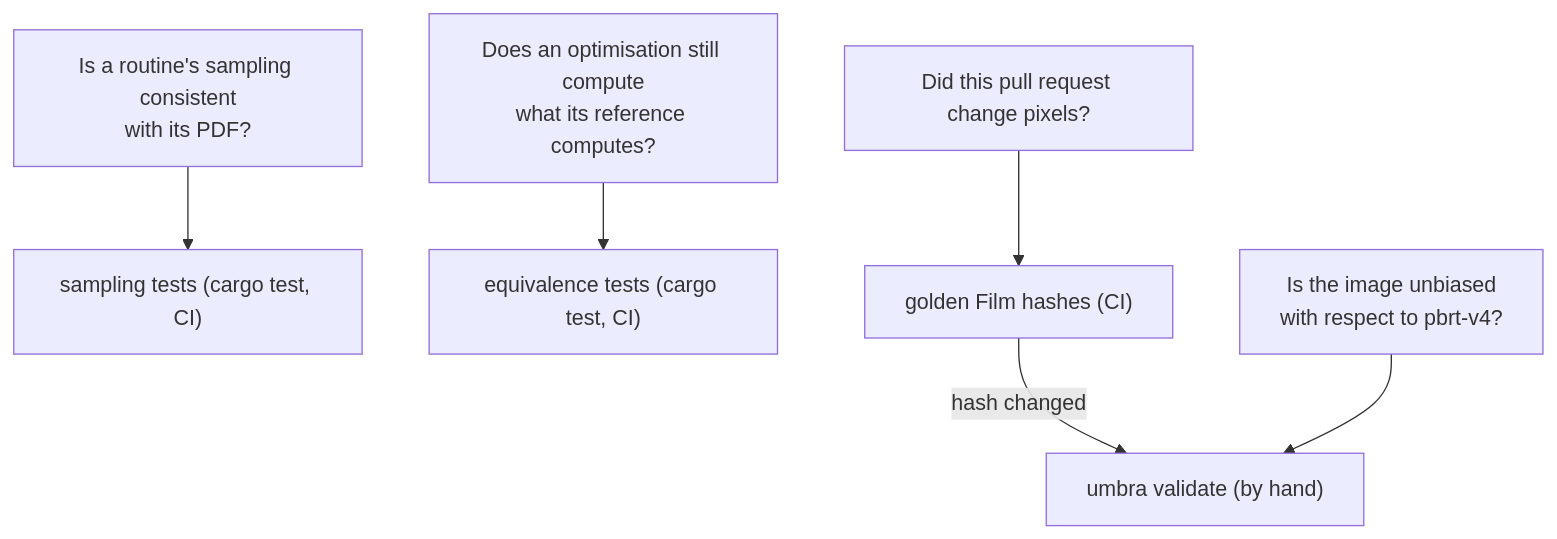
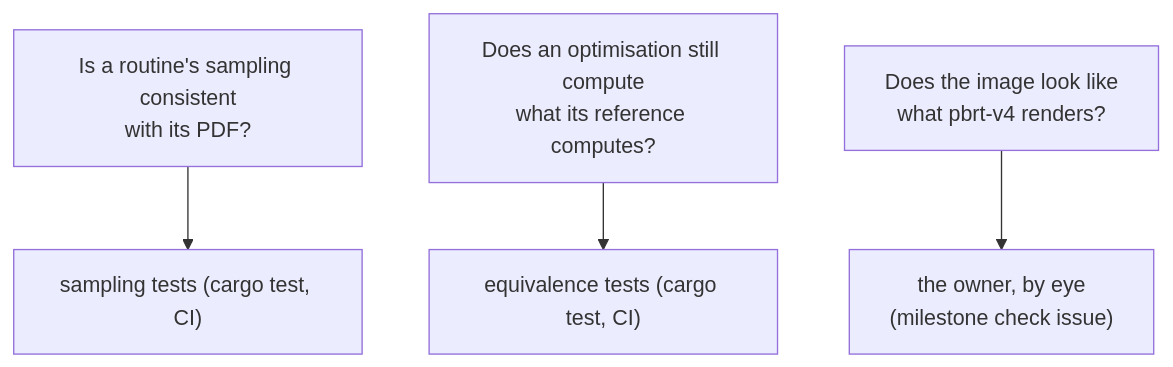
The ninth of 11 diagrams in docs/architecture/08-crosscutting-concepts.md (sergioffpc/umbra), drawn with Mermaid before and after one commit. The commit also changed other lines of this file and 27 other files, not shown here.

First line of the commit message:
docs: check renders by eye instead of comparing them with pbrt-v4

````diff
--- a/docs/architecture/08-crosscutting-concepts.md
+++ b/docs/architecture/08-crosscutting-concepts.md
@@ -276,8 +270,6 @@
 ```mermaid
 flowchart TD
     Q1["Is a routine's sampling consistent<br/>with its PDF?"] --> S["sampling tests (cargo test, CI)"]
     Q2["Does an optimisation still compute<br/>what its reference computes?"] --> E["equivalence tests (cargo test, CI)"]
-    Q3["Did this pull request change pixels?"] --> H["golden Film hashes (CI)"]
-    H -->|"hash changed"| V["umbra validate (by hand)"]
-    Q4["Is the image unbiased<br/>with respect to pbrt-v4?"] --> V
+    Q3["Does the image look like<br/>what pbrt-v4 renders?"] --> V["the owner, by eye<br/>(milestone check issue)"]
 ```
````
